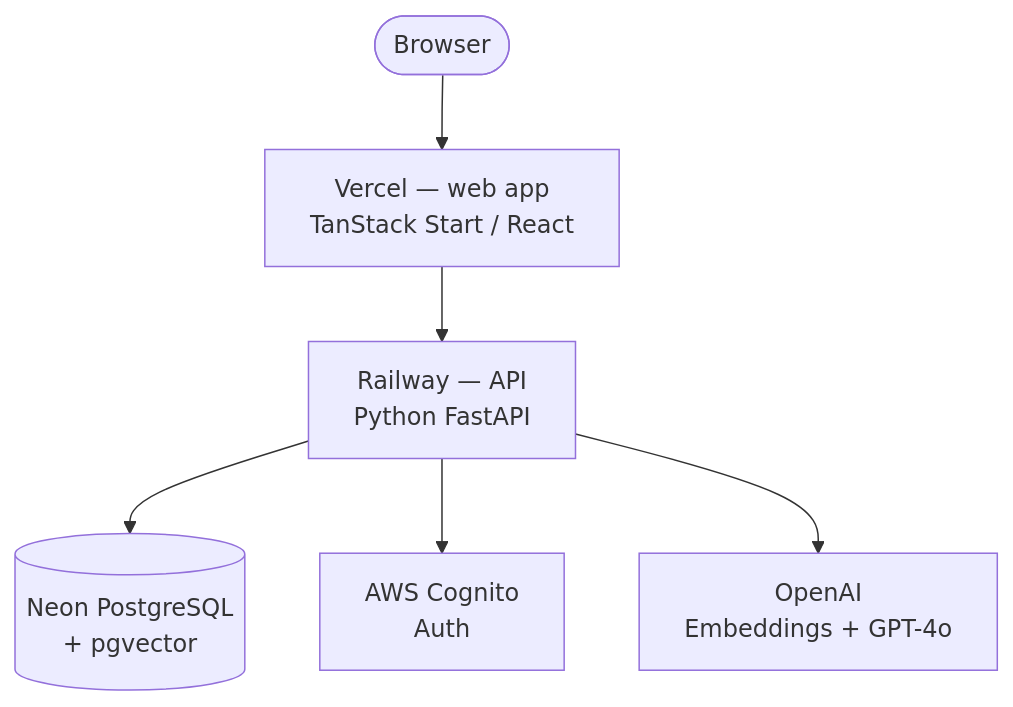
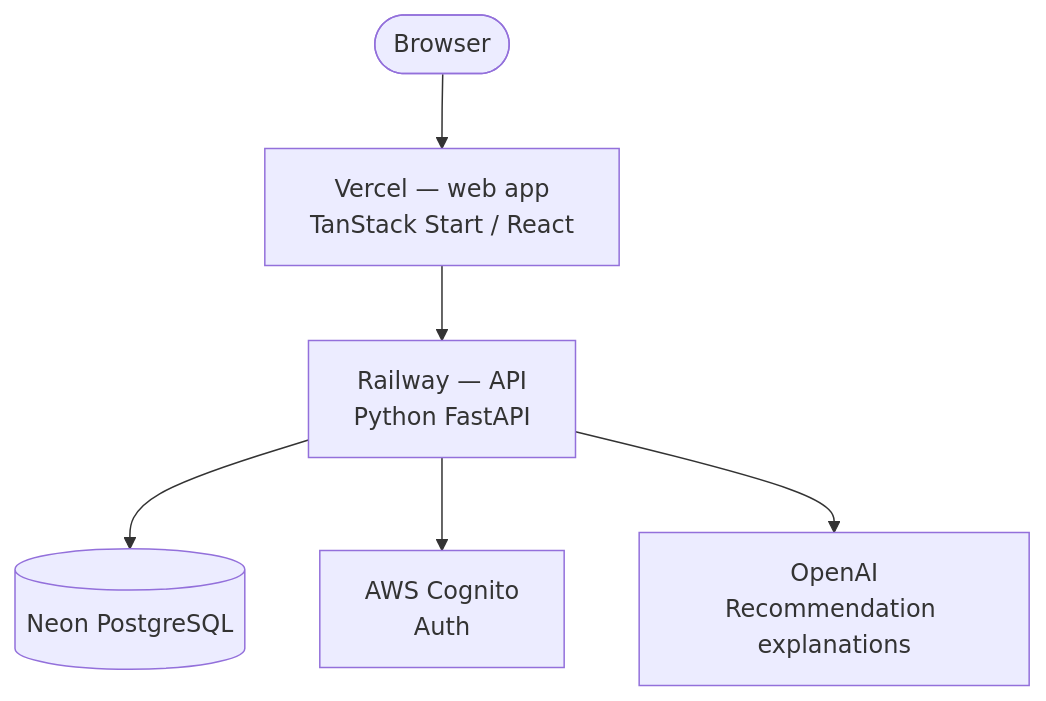
The diagram in README.md (Sa-ar/beerolog), drawn with Mermaid before and after one commit. The commit also changed other lines of this file and 13 other files, not shown here.

````diff
--- a/README.md
+++ b/README.md
@@ -7,15 +7,15 @@
 ```mermaid
 graph TD
   Browser([Browser])
   Vercel[Vercel — web app<br/>TanStack Start / React]
   Railway[Railway — API<br/>Python FastAPI]
-  Neon[(Neon PostgreSQL<br/>+ pgvector)]
+  Neon[(Neon PostgreSQL)]
   Cognito[AWS Cognito<br/>Auth]
-  OpenAI[OpenAI<br/>Embeddings + GPT-4o]
+  OpenAI[OpenAI<br/>Recommendation explanations]
 
   Browser --> Vercel
   Vercel --> Railway
   Railway --> Neon
   Railway --> Cognito
   Railway --> OpenAI
 ```
````
